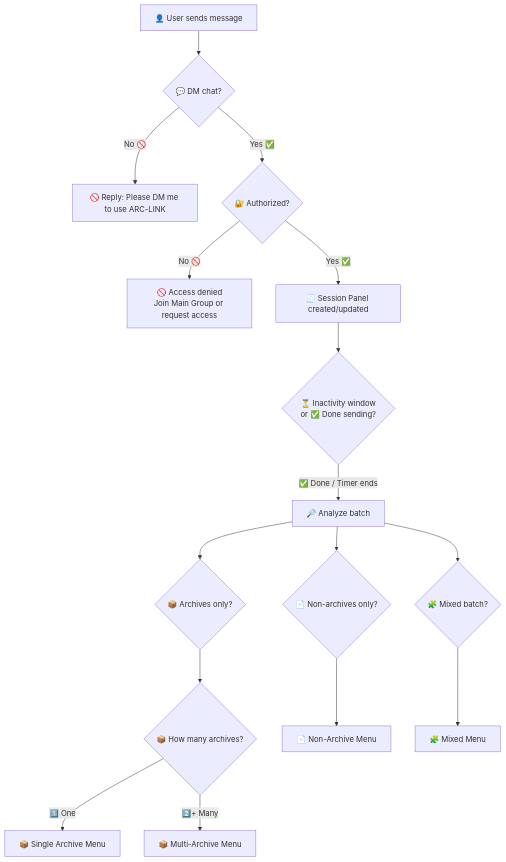
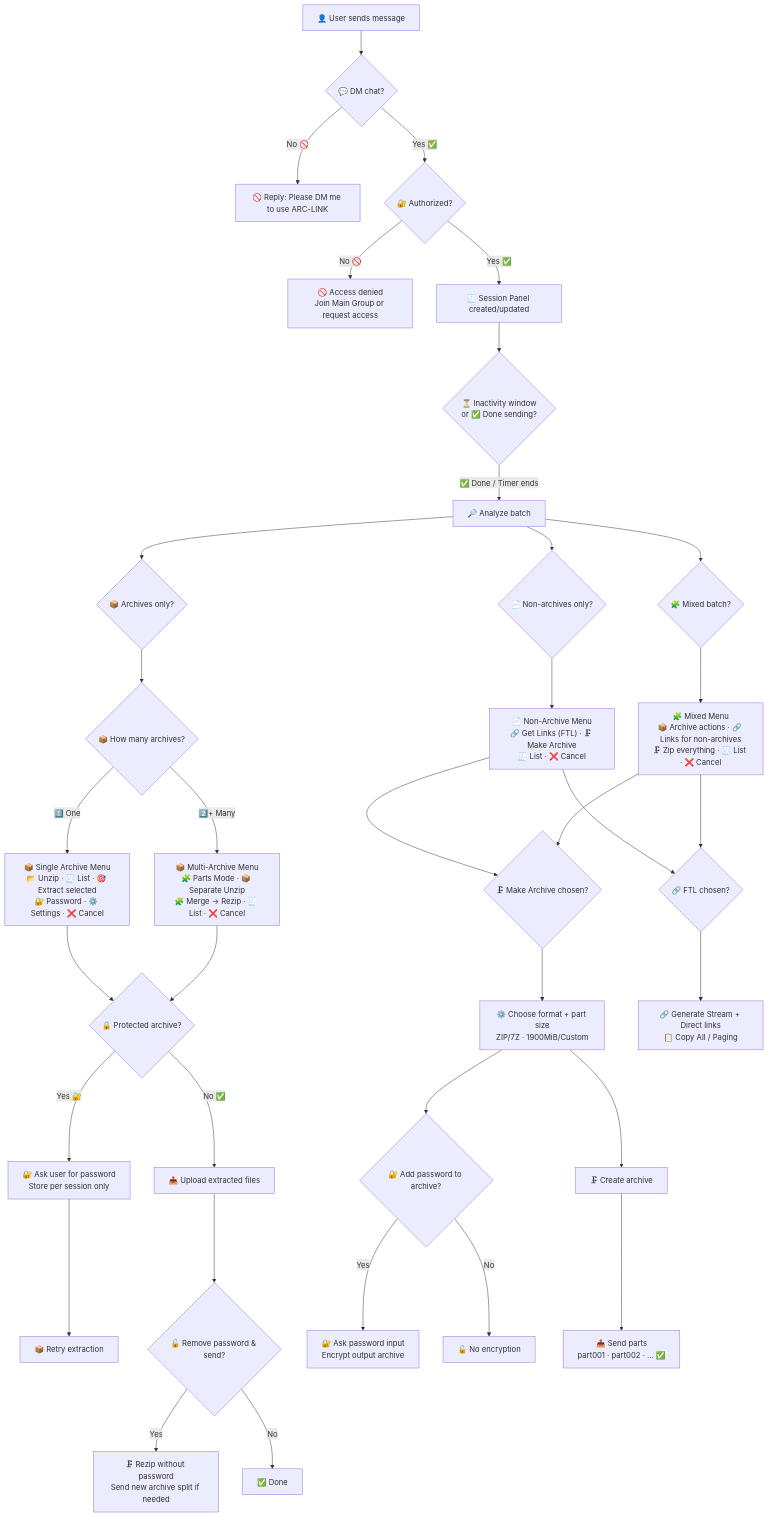
Before and after one commit to zxcvresque/Arc-Link: the diagram in readme.md, drawn with Mermaid. The commit also changed other lines of this file, not shown here.

````diff
--- a/readme.md
+++ b/readme.md
@@ -532,23 +532,57 @@
 ```mermaid
 flowchart TD
   A["👤 User sends message"] --> B{"💬 DM chat?"}
   B -->|"No 🚫"| B1["🚫 Reply: Please DM me to use ARC-LINK"]
   B -->|"Yes ✅"| C{"🔐 Authorized?"}
 
   C -->|"No 🚫"| C1["🚫 Access denied<br/>Join Main Group or request access"]
   C -->|"Yes ✅"| D["🧾 Session Panel created/updated"]
 
   D --> E{"⏳ Inactivity window<br/>or ✅ Done sending?"}
   E -->|"✅ Done / Timer ends"| F["🔎 Analyze batch"]
 
   F --> G{"📦 Archives only?"}
   F --> H{"📄 Non-archives only?"}
   F --> I{"🧩 Mixed batch?"}
 
+  %% Archives only
   G --> J{"📦 How many archives?"}
-  J -->|"1️⃣ One"| K["📦 Single Archive Menu"]
-  J -->|"2️⃣+ Many"| L["📦 Multi-Archive Menu"]
+  J -->|"1️⃣ One"| K["📦 Single Archive Menu<br/>📂 Unzip · 🧾 List · 🎯 Extract selected<br/>🔐 Password · ⚙️ Settings · ❌ Cancel"]
+  J -->|"2️⃣+ Many"| L["📦 Multi-Archive Menu<br/>🧩 Parts Mode · 📦 Separate Unzip<br/>🧩 Merge → Rezip · 🧾 List · ❌ Cancel"]
 
-  H --> M["📄 Non-Archive Menu"]
-  I --> N["🧩 Mixed Menu"]
+  %% Non-archives only
+  H --> M["📄 Non-Archive Menu<br/>🔗 Get Links (FTL) · 🗜 Make Archive<br/>🧾 List · ❌ Cancel"]
+
+  %% Mixed
+  I --> N["🧩 Mixed Menu<br/>📦 Archive actions · 🔗 Links for non-archives<br/>🗜 Zip everything · 🧾 List · ❌ Cancel"]
+
+  %% Password extraction flow (applies to archive menus)
+  K --> O{"🔒 Protected archive?"}
+  L --> O
+  O -->|"Yes 🔐"| P["🔐 Ask user for password<br/>Store per session only"]
+  P --> Q["📦 Retry extraction"]
+  O -->|"No ✅"| R["📤 Upload extracted files"]
+
+  %% Remove password & send (optional after successful extraction)
+  R --> S{"🔓 Remove password & send?"}
+  S -->|"Yes"| T["🗜 Rezip without password<br/>Send new archive split if needed"]
+  S -->|"No"| U["✅ Done"]
+
+  %% Zip flow (split uploads) from non-archive or mixed menus
+  M --> V{"🗜 Make Archive chosen?"}
+  N --> V
+  V --> W["⚙️ Choose format + part size<br/>ZIP/7Z · 1900MiB/Custom"]
+
+  %% Add password to output archive (optional during zip settings)
+  W --> X{"🔐 Add password to archive?"}
+  X -->|"Yes"| Y["🔐 Ask password input<br/>Encrypt output archive"]
+  X -->|"No"| Z["🔓 No encryption"]
+
+  W --> AA["🗜 Create archive"]
+  AA --> AB["📤 Send parts<br/>part001 · part002 · ... ✅"]
+
+  %% FTL flow from non-archive or mixed menus
+  M --> AC{"🔗 FTL chosen?"}
+  N --> AC
+  AC --> AD["🔗 Generate Stream + Direct links<br/>📋 Copy All / Paging"]
 ```
````
